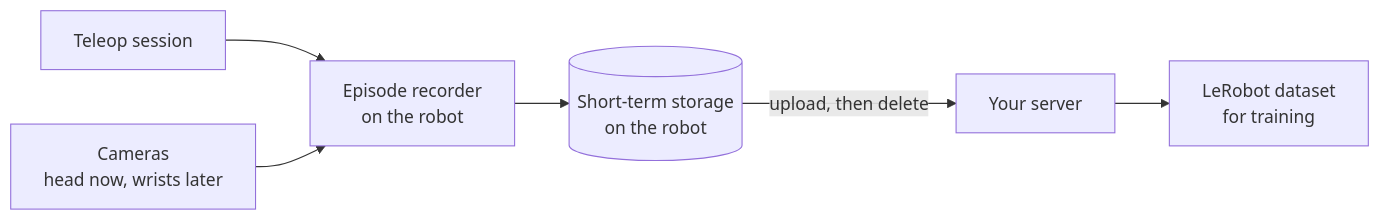
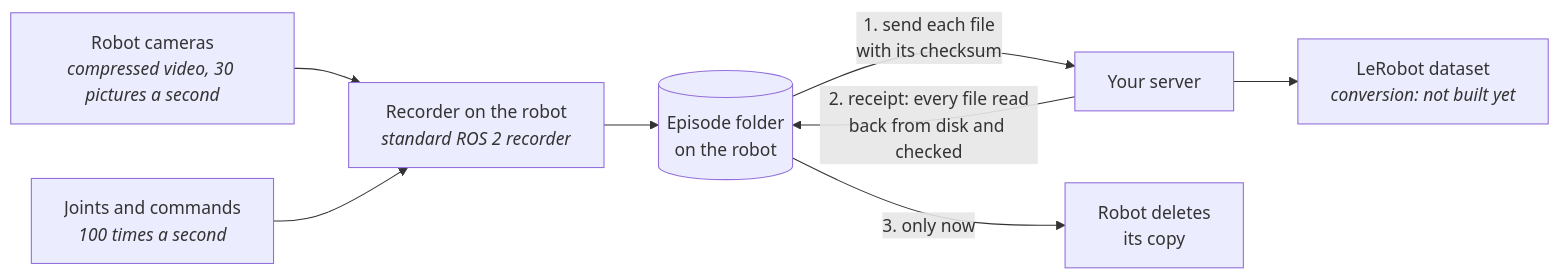
The fifth of 5 diagrams in README.md (shawn-wandelbots/nova_teleop_bridge), drawn with Mermaid before and after one commit. The commit also changed other lines of this file and 8 other files, not shown here.

First line of the commit message:
Record episodes on the robot and hand them to a server safely

````diff
--- a/README.md
+++ b/README.md
@@ -175,8 +179,10 @@
 ```mermaid
 flowchart LR
-    T["Teleop session"] --> R["Episode recorder<br/>on the robot"]
-    Cam["Cameras<br/>head now, wrists later"] --> R
-    R --> S[("Short-term storage<br/>on the robot")]
-    S -- "upload, then delete" --> Srv["Your server"]
-    Srv --> D["LeRobot dataset<br/>for training"]
+    Cam["Robot cameras<br/><i>compressed video, 30 pictures a second</i>"] --> R
+    J["Joints and commands<br/><i>100 times a second</i>"] --> R
+    R["Recorder on the robot<br/><i>standard ROS 2 recorder</i>"] --> S[("Episode folder<br/>on the robot")]
+    S -- "1. send each file<br/>with its checksum" --> Srv["Your server"]
+    Srv -- "2. receipt: every file read<br/>back from disk and checked" --> S
+    S -- "3. only now" --> Del["Robot deletes<br/>its copy"]
+    Srv --> D["LeRobot dataset<br/><i>conversion: not built yet</i>"]
 ```
````
